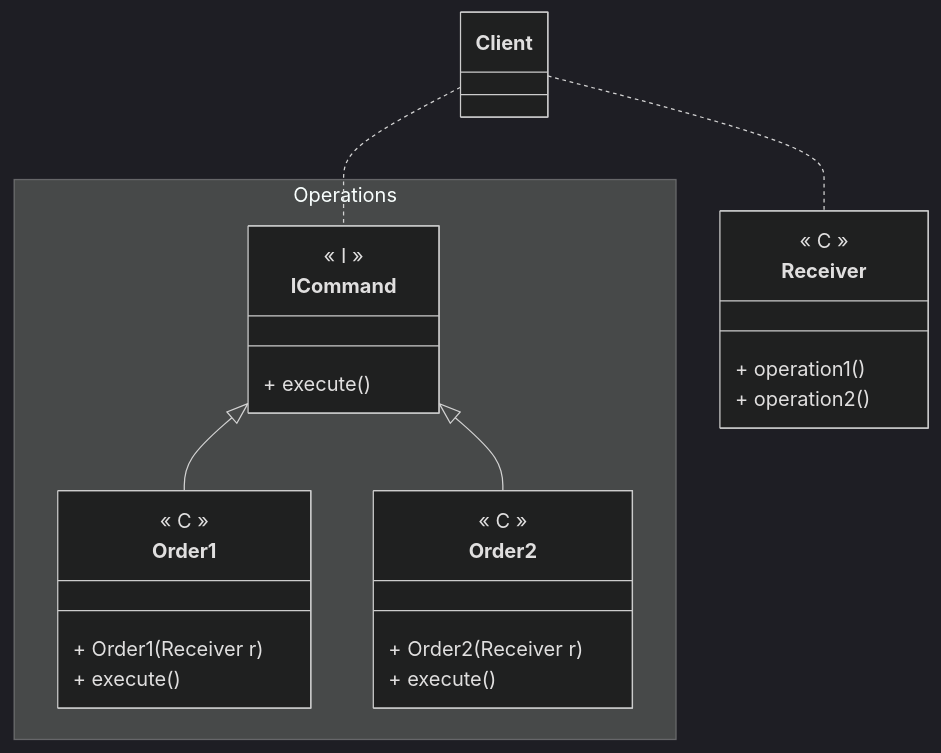
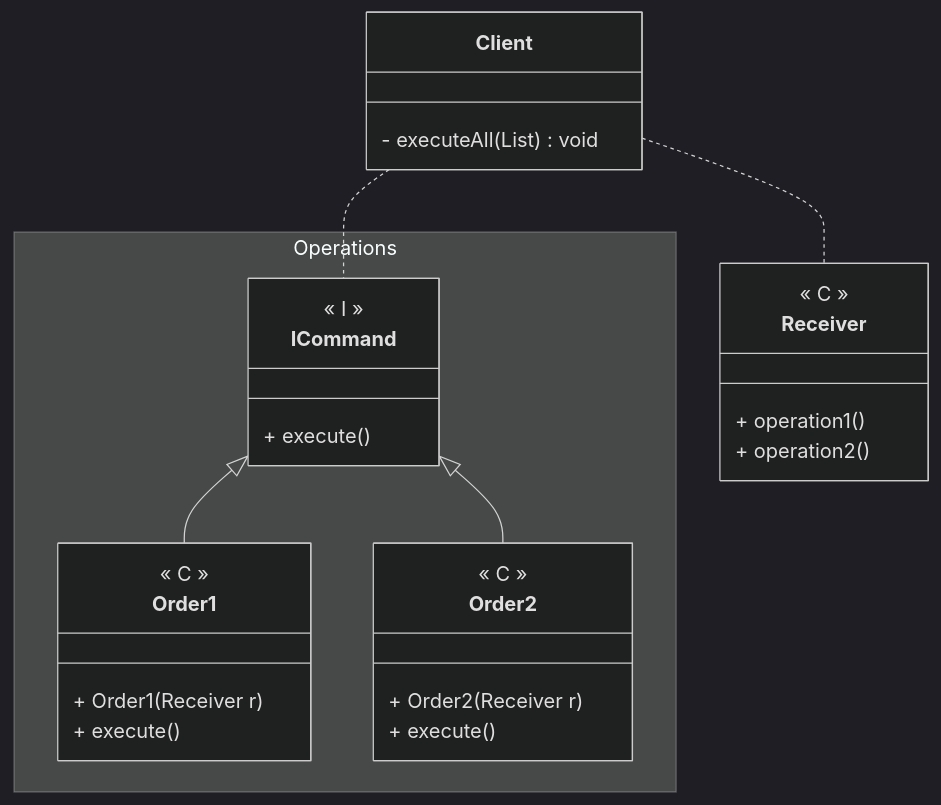
The diagram in Programming/Patterns/data/Command.md (angelromarco04/MyNotes), drawn with Mermaid (dark theme) before and after one commit. The commit also changed other lines of this file and 3 other files, not shown here.

````diff
--- a/Programming/Patterns/data/Command.md
+++ b/Programming/Patterns/data/Command.md
@@ -25,36 +26,40 @@
 ```mermaid
 classDiagram
 direction TB
 
 Client .. Receiver 
 Client .. ICommand 
 
 
 ICommand <|-- Order1
 ICommand <|-- Order2
+
+class Client {
+	- executeAll(List<ICommand>) void
+}
 
 class Receiver {
 	<< C >>
 	+ operation1()
 	+ operation2() 
 }
 
 namespace Operations {
 	class ICommand {
 		<< I >>
 		+ execute()
 	}
 	
 	class Order1 {
 		<< C >>
 		+ Order1(Receiver r)
 		+ execute()
 	}
 	
 	class Order2 {
 		<< C >>
 		+ Order2(Receiver r)
 		+ execute()
 	}
 }
 ```
````
